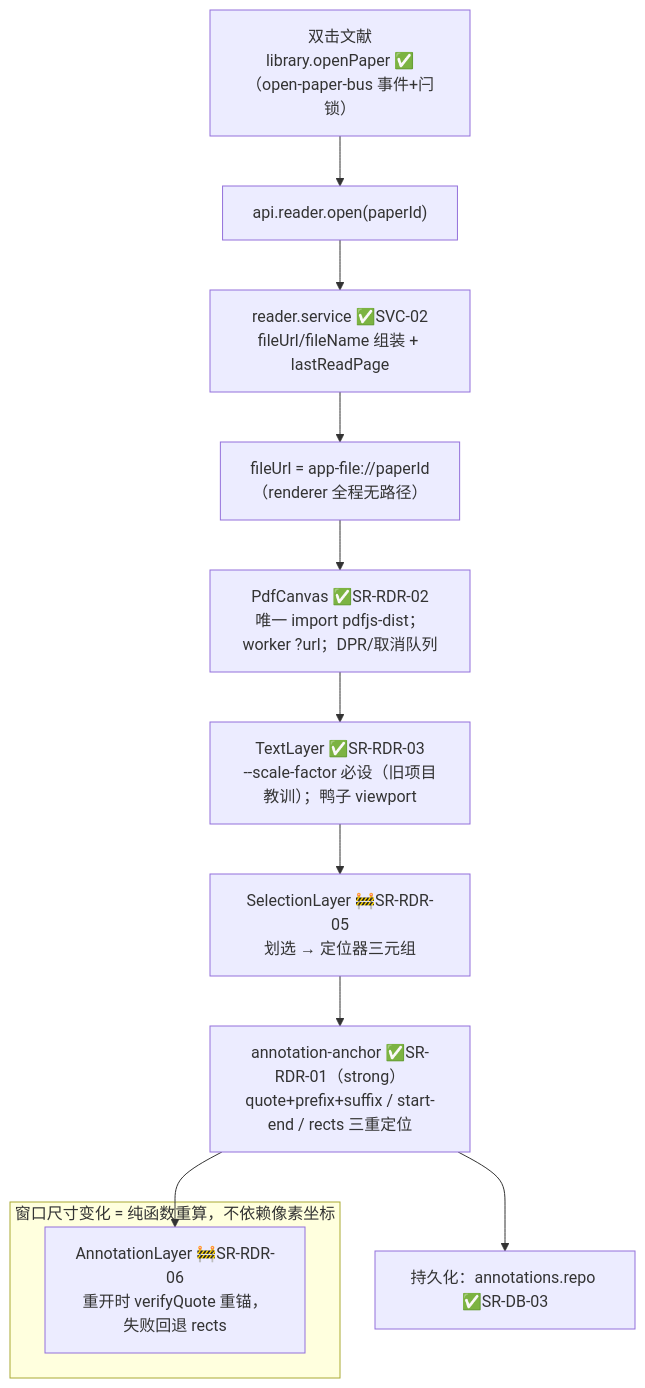
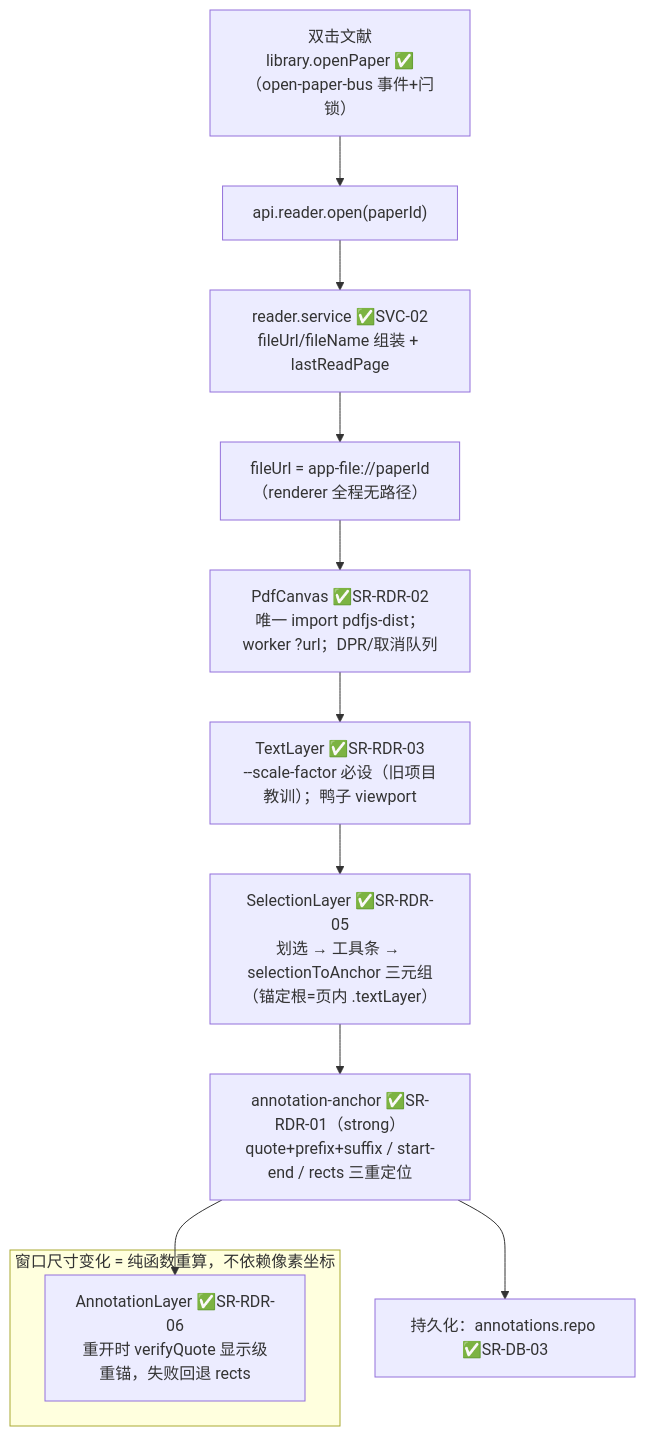
The fourth of 8 diagrams in docs/architecture.md (yyx20040712/Synapse), drawn with Mermaid before and after one commit. The commit also changed other lines of this file and 1 other file, not shown here.

Commit message:
docs: Phase 4 收官——ROADMAP 勾选与基线快照（done 49 / e2e 6 绿）+ architecture 图纸状态更新

````diff
--- a/docs/architecture.md
+++ b/docs/architecture.md
@@ -161,15 +161,15 @@
 ```mermaid
 flowchart TB
   A["双击文献<br/>library.openPaper ✅（open-paper-bus 事件+闩锁）"] --> B["api.reader.open(paperId)"]
   B --> C["reader.service ✅SVC-02<br/>fileUrl/fileName 组装 + lastReadPage"]
   C --> D["fileUrl = app-file://paperId<br/>（renderer 全程无路径）"]
   D --> E["PdfCanvas ✅SR-RDR-02<br/>唯一 import pdfjs-dist；worker ?url；DPR/取消队列"]
   E --> F["TextLayer ✅SR-RDR-03<br/>--scale-factor 必设（旧项目教训）；鸭子 viewport"]
-  F --> G["SelectionLayer 🚧SR-RDR-05<br/>划选 → 定位器三元组"]
+  F --> G["SelectionLayer ✅SR-RDR-05<br/>划选 → 工具条 → selectionToAnchor 三元组（锚定根=页内 .textLayer）"]
   G --> H["annotation-anchor ✅SR-RDR-01（strong）<br/>quote+prefix+suffix / start-end / rects 三重定位"]
-  H --> I["AnnotationLayer 🚧SR-RDR-06<br/>重开时 verifyQuote 重锚，失败回退 rects"]
+  H --> I["AnnotationLayer ✅SR-RDR-06<br/>重开时 verifyQuote 显示级重锚，失败回退 rects"]
   H --> J["持久化：annotations.repo ✅SR-DB-03"]
   subgraph NOTE["窗口尺寸变化 = 纯函数重算，不依赖像素坐标"]
     I
   end
 ```
````
